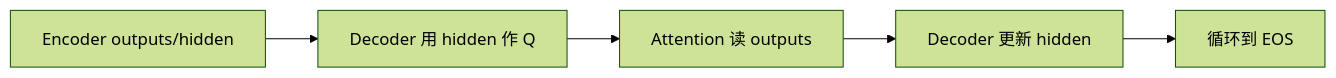
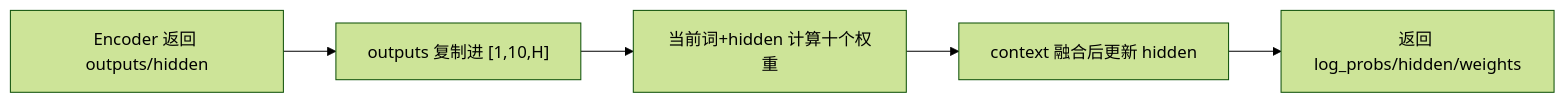
The first of 3 diagrams in notes/seq2seq-translation/18-model-summary.md (luyunix/nlp_study), drawn with Mermaid (forest theme) before and after one commit. The commit also changed other lines of this file and 66 other files, not shown here.

````diff
--- a/notes/seq2seq-translation/18-model-summary.md
+++ b/notes/seq2seq-translation/18-model-summary.md
@@ -17,12 +17,12 @@
 ```mermaid
 flowchart LR
-    N0["Encoder outputs/hidden"]
-    N1["Decoder 用 hidden 作 Q"]
-    N2["Attention 读 outputs"]
-    N3["Decoder 更新 hidden"]
-    N4["循环到 EOS"]
+    N0["Encoder 返回 outputs/hidden"]
+    N1["outputs 复制进 [1,10,H]"]
+    N2["当前词+hidden 计算十个权重"]
+    N3["context 融合后更新 hidden"]
+    N4["返回 log_probs/hidden/weights"]
     N0 --> N1
     N1 --> N2
     N2 --> N3
     N3 --> N4
 ```
````
